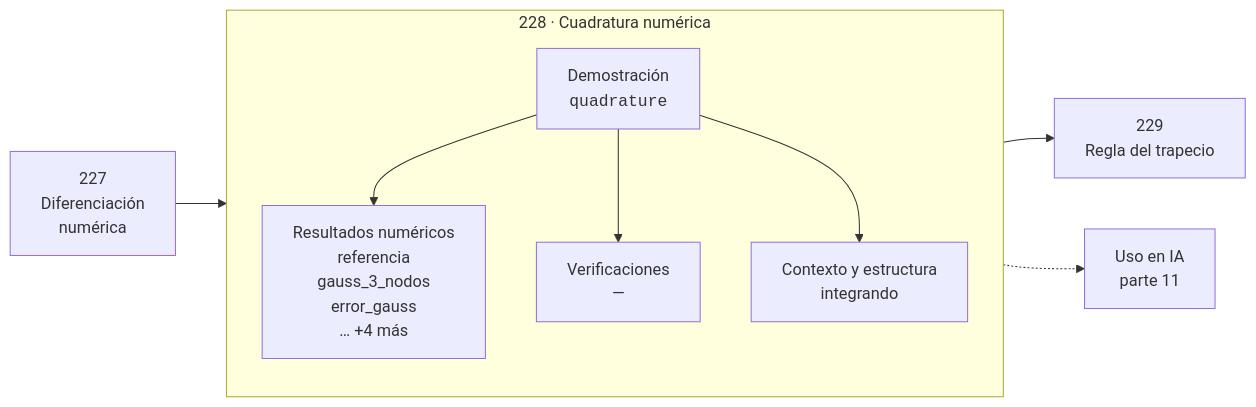
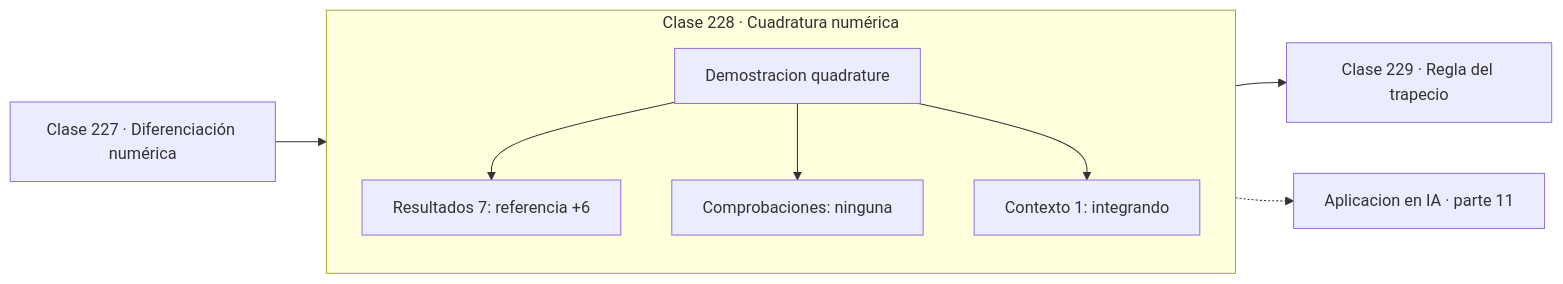
One commit to vladimiracunadev-create/computational-mathematics-program changed the diagram in classes/part-11-metodos-numericos-y-computacion-cientifica/228-cuadratura-numerica/README.md. Above: the diagram before and after it, drawn with Mermaid. The commit also changed 389 other files, not shown here.

First line of the commit message:
fix(diagramas): elimina el HTML de las etiquetas Mermaid

````diff
--- a/classes/part-11-metodos-numericos-y-computacion-cientifica/228-cuadratura-numerica/README.md
+++ b/classes/part-11-metodos-numericos-y-computacion-cientifica/228-cuadratura-numerica/README.md
@@ -30,12 +30,13 @@
 ```mermaid
 flowchart LR
-    P["227<br/>Diferenciación<br/>numérica"] --> C
-    subgraph C["228 · Cuadratura numérica"]
+    P["Clase 227 · Diferenciación numérica"] --> D
+    subgraph CLASE["Clase 228 · Cuadratura numérica"]
         direction TB
-        D["Demostración<br/><code>quadrature</code>"] --> R["Resultados numéricos<br/>referencia<br/>gauss_3_nodos<br/>error_gauss<br/>… +4 más"]
-        D --> V["Verificaciones<br/>—"]
-        D --> O["Contexto y estructura<br/>integrando"]
+        D["Demostracion quadrature"]
+        D --> R["Resultados 7: referencia +6"]
+        D --> V["Comprobaciones: ninguna"]
+        D --> O["Contexto 1: integrando"]
     end
-    C --> N["229<br/>Regla del trapecio"]
-    C -.-> IA["Uso en IA<br/>parte 11"]
+    R --> N["Clase 229 · Regla del trapecio"]
+    V -.-> IA["Aplicacion en IA · parte 11"]
 ```
````
